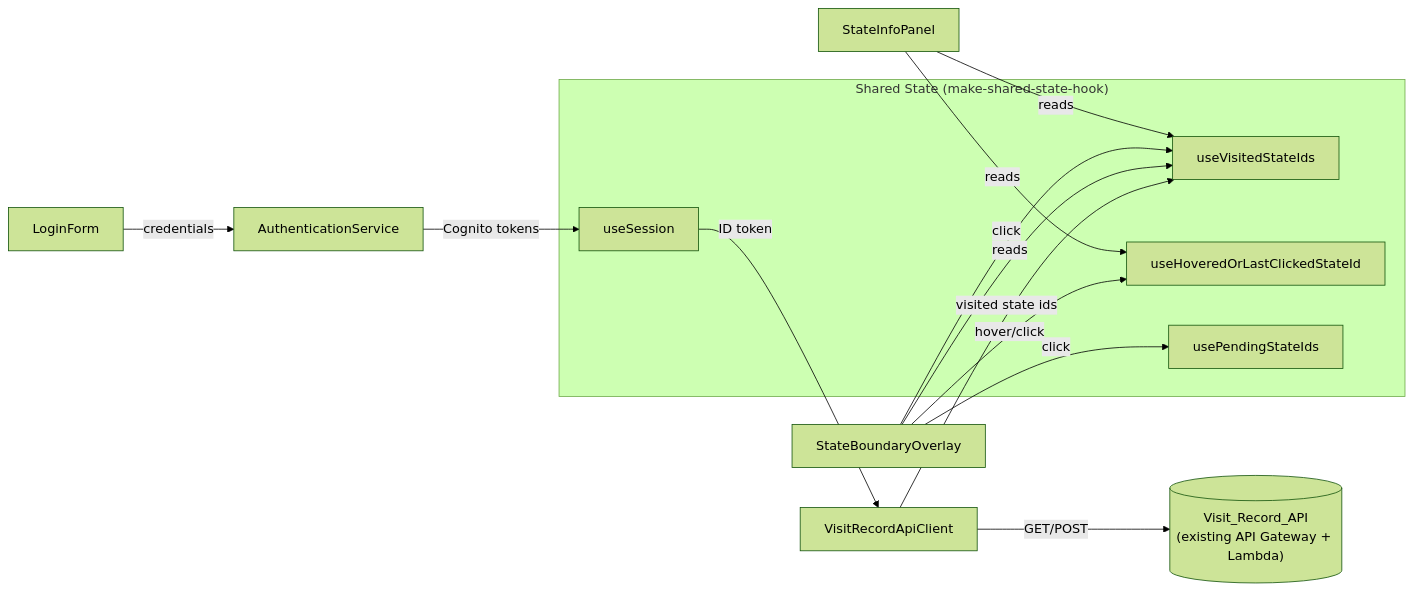
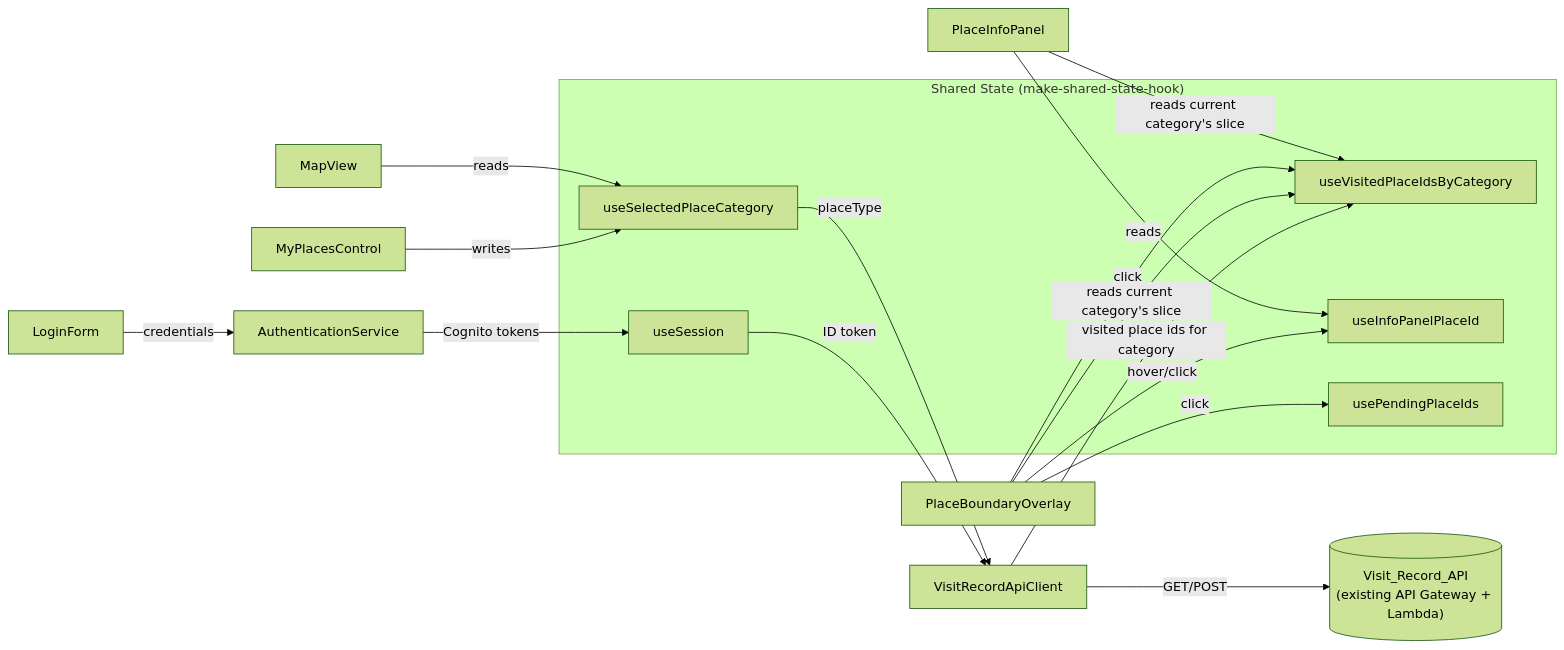
The second of 5 diagrams in .kiro/specs/state-visit-tracker/design.md (brentsowers1/coordinatecommons), drawn with Mermaid (forest theme) before and after one commit. The commit also changed other lines of this file and 59 other files, not shown here.

````diff
--- a/.kiro/specs/state-visit-tracker/design.md
+++ b/.kiro/specs/state-visit-tracker/design.md
@@ -59,21 +65,25 @@
 ```mermaid
 graph LR
     subgraph SharedState["Shared State (make-shared-state-hook)"]
         useSession
-        useVisitedStateIds
-        useHoveredOrLastClickedStateId
-        usePendingStateIds
+        useSelectedPlaceCategory
+        useVisitedPlaceIdsByCategory
+        useInfoPanelPlaceId
+        usePendingPlaceIds
     end
 
+    MyPlacesControl -- writes --> useSelectedPlaceCategory
+    MapView -- reads --> useSelectedPlaceCategory
     LoginForm -- credentials --> AuthenticationService
     AuthenticationService -- Cognito tokens --> useSession
     useSession -- ID token --> VisitRecordApiClient
+    useSelectedPlaceCategory -- placeType --> VisitRecordApiClient
     VisitRecordApiClient -- GET/POST --> VisitRecordAPI[("Visit_Record_API\n(existing API Gateway + Lambda)")]
-    VisitRecordApiClient -- visited state ids --> useVisitedStateIds
-    StateBoundaryOverlay -- reads --> useVisitedStateIds
-    StateBoundaryOverlay -- click --> useVisitedStateIds
-    StateBoundaryOverlay -- click --> usePendingStateIds
-    StateBoundaryOverlay -- hover/click --> useHoveredOrLastClickedStateId
-    StateInfoPanel -- reads --> useHoveredOrLastClickedStateId
-    StateInfoPanel -- reads --> useVisitedStateIds
+    VisitRecordApiClient -- visited place ids for category --> useVisitedPlaceIdsByCategory
+    PlaceBoundaryOverlay -- reads current category's slice --> useVisitedPlaceIdsByCategory
+    PlaceBoundaryOverlay -- click --> useVisitedPlaceIdsByCategory
+    PlaceBoundaryOverlay -- click --> usePendingPlaceIds
+    PlaceBoundaryOverlay -- hover/click --> useInfoPanelPlaceId
+    PlaceInfoPanel -- reads --> useInfoPanelPlaceId
+    PlaceInfoPanel -- reads current category's slice --> useVisitedPlaceIdsByCategory
 ```
````
